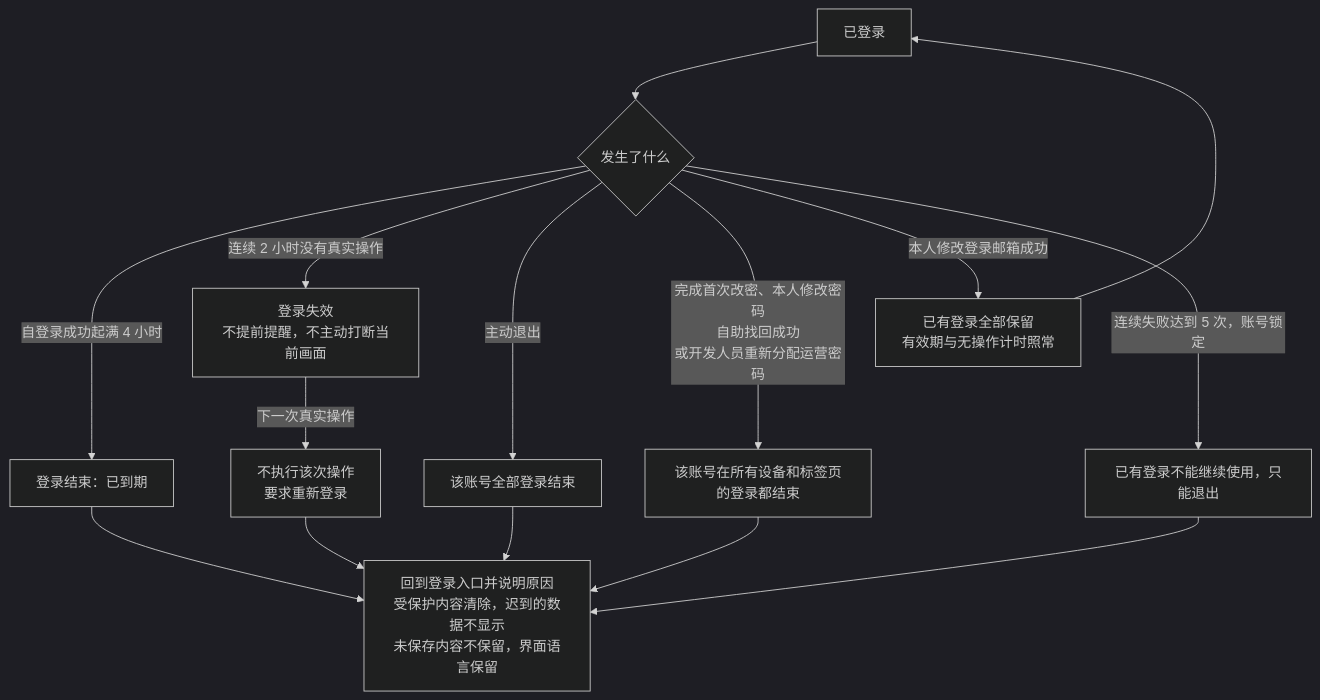
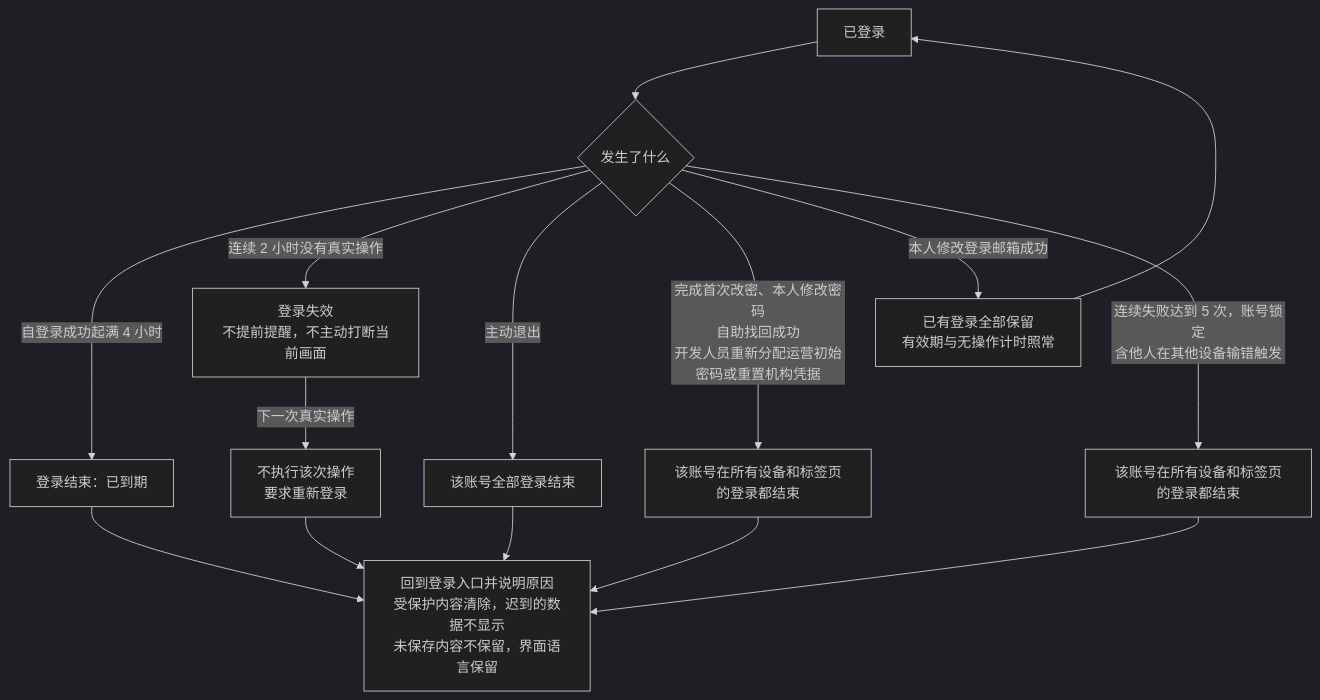
One commit to wxblockchain/Chain-Financing changed the second of 9 diagrams in token-issuance-platform/PRD/管理端/M5-管理端登录与权限/02-管理端登录与权限-流程图与状态机.md. Above: the diagram before and after it, drawn with Mermaid (dark theme). The commit also changed other lines of this file and 35 other files, not shown here.

````diff
--- a/token-issuance-platform/PRD/管理端/M5-管理端登录与权限/02-管理端登录与权限-流程图与状态机.md
+++ b/token-issuance-platform/PRD/管理端/M5-管理端登录与权限/02-管理端登录与权限-流程图与状态机.md
@@ -49,17 +61,17 @@
 ```mermaid
 flowchart TD
     A[已登录] --> B{发生了什么}
     B -->|自登录成功起满 4 小时| C[登录结束：已到期]
     B -->|连续 2 小时没有真实操作| D[登录失效<br/>不提前提醒，不主动打断当前画面]
     D -->|下一次真实操作| E[不执行该次操作<br/>要求重新登录]
     B -->|主动退出| F[该账号全部登录结束]
-    B -->|完成首次改密、本人修改密码<br/>自助找回成功<br/>或开发人员重新分配运营密码| G[该账号在所有设备和标签页的登录都结束]
+    B -->|完成首次改密、本人修改密码<br/>自助找回成功<br/>开发人员重新分配运营初始密码或重置机构凭据| G[该账号在所有设备和标签页的登录都结束]
     B -->|本人修改登录邮箱成功| K[已有登录全部保留<br/>有效期与无操作计时照常]
     K --> A
-    B -->|连续失败达到 5 次，账号锁定| H[已有登录不能继续使用，只能退出]
+    B -->|连续失败达到 5 次，账号锁定<br/>含他人在其他设备输错触发| H[该账号在所有设备和标签页的登录都结束]
     C --> Z[回到登录入口并说明原因<br/>受保护内容清除，迟到的数据不显示<br/>未保存内容不保留，界面语言保留]
     E --> Z
     F --> Z
     G --> Z
     H --> Z
 ```
````
